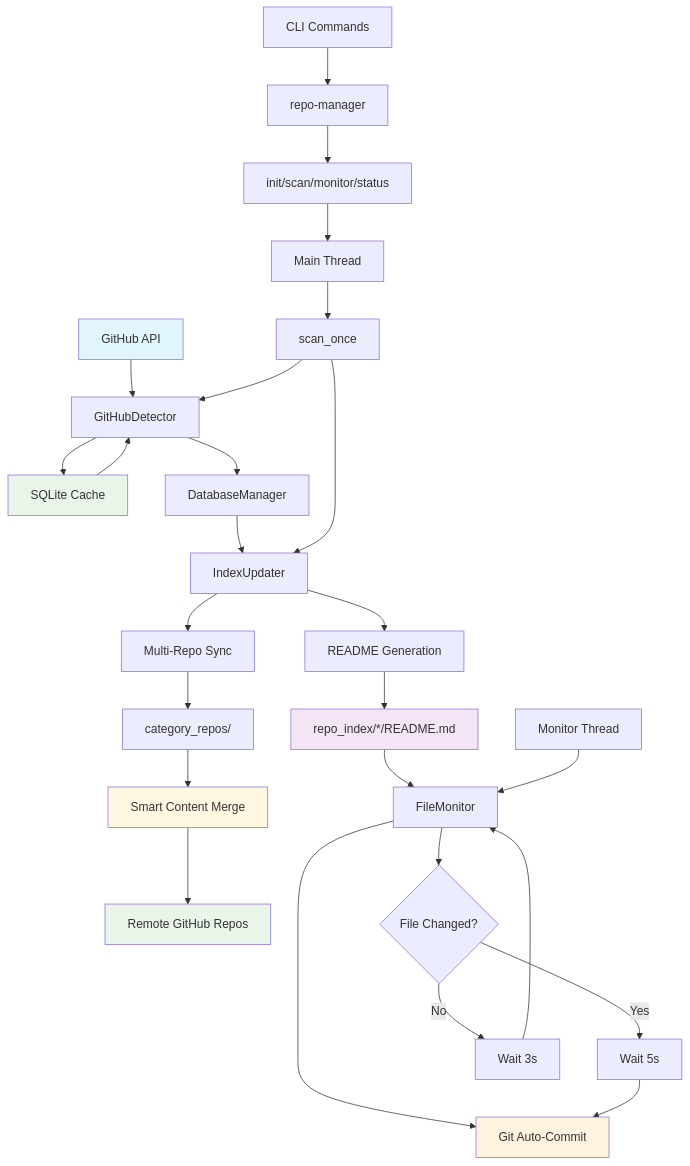
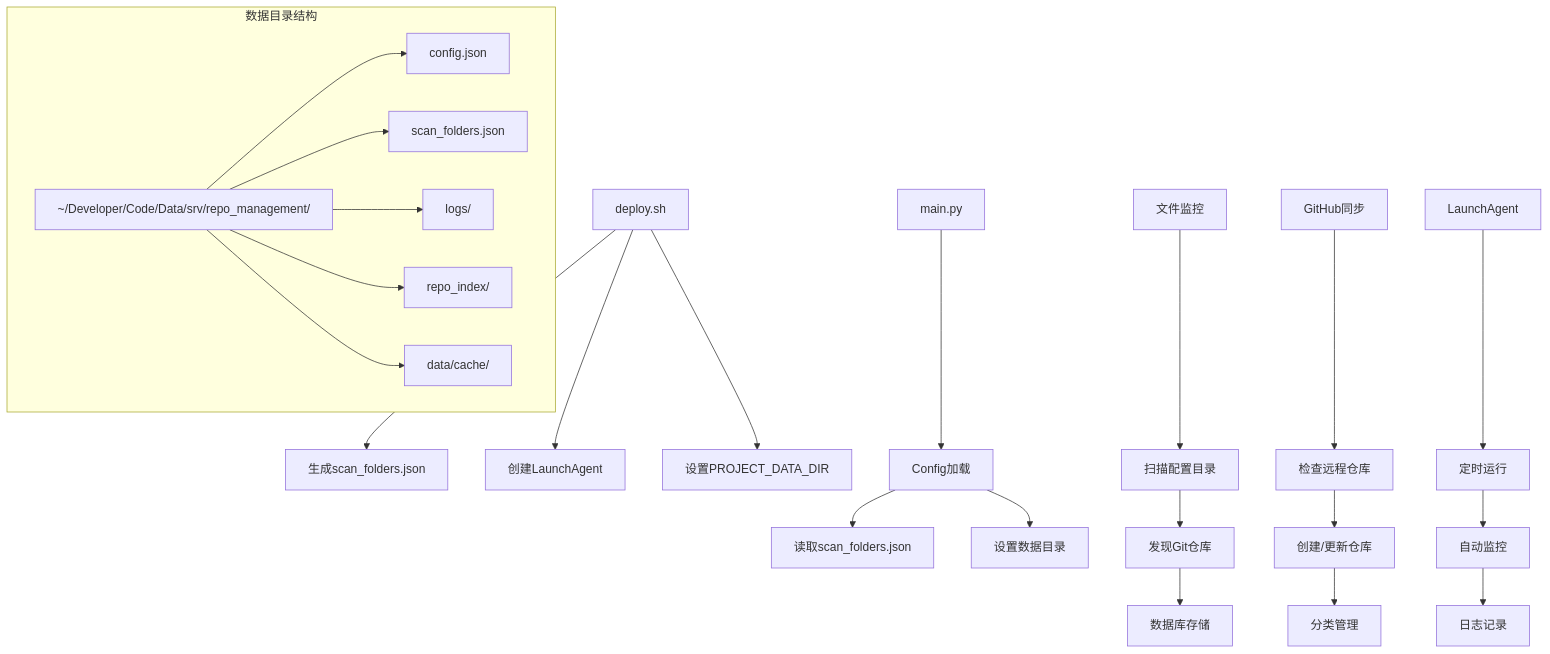
The first of 2 diagrams in README.md (APE-147/repo-management), drawn with Mermaid before and after one commit. The commit also changed other lines of this file and 24 other files, not shown here.

First line of the commit message:
Update repo-management with latest local changes and enhancements

````diff
--- a/README.md
+++ b/README.md
@@ -3,41 +5,31 @@
 ```mermaid
-graph TB
-    A[GitHub API] --> B[GitHubDetector]
-    B --> C[SQLite Cache]
-    C --> B
-    B --> D[DatabaseManager]
+graph TD
+    A[deploy.sh] --> B[生成scan_folders.json]
+    A --> C[创建LaunchAgent]
+    A --> D[设置PROJECT_DATA_DIR]
     
-    E[repo_index/*/README.md] --> F[FileMonitor]
-    F --> G[Git Auto-Commit]
+    E[main.py] --> F[Config加载]
+    F --> G[读取scan_folders.json]
+    F --> H[设置数据目录]
     
-    D --> H[IndexUpdater]
-    H --> I[README Generation]
-    I --> E
+    I[文件监控] --> J[扫描配置目录]
+    J --> K[发现Git仓库]
+    K --> L[数据库存储]
     
-    H --> J[Multi-Repo Sync]
-    J --> K[category_repos/]
-    K --> L[Smart Content Merge]
-    L --> M[Remote GitHub Repos]
+    M[GitHub同步] --> N[检查远程仓库]
+    N --> O[创建/更新仓库]
+    O --> P[分类管理]
     
-    N[Main Thread] --> O[scan_once]
-    O --> B
-    O --> H
+    Q[LaunchAgent] --> R[定时运行]
+    R --> S[自动监控]
+    S --> T[日志记录]
     
-    P[Monitor Thread] --> F
-    F --> Q{File Changed?}
-    Q -->|Yes| R[Wait 5s]
-    R --> G
-    Q -->|No| S[Wait 3s]
-    S --> F
-    
-    T[CLI Commands] --> U[repo-manager]
-    U --> V[init/scan/monitor/status]
-    V --> N
-    
-    style A fill:#e1f5fe
-    style E fill:#f3e5f5
-    style C fill:#e8f5e8
-    style G fill:#fff3e0
-    style L fill:#fff8e1
-    style M fill:#e8f5e8
+    subgraph "数据目录结构"
+        U[~/Developer/Code/Data/srv/repo_management/]
+        U --> V[config.json]
+        U --> W[scan_folders.json]
+        U --> X[logs/]
+        U --> Y[repo_index/]
+        U --> Z[data/cache/]
+    end
 ```
````
